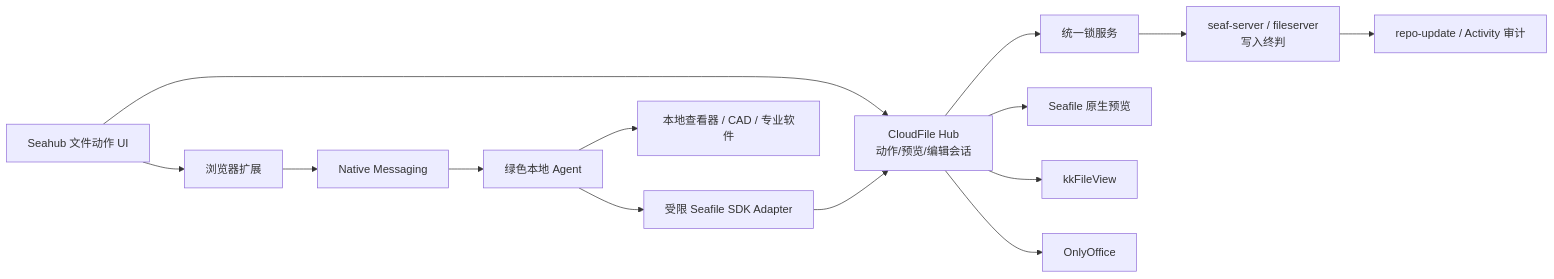
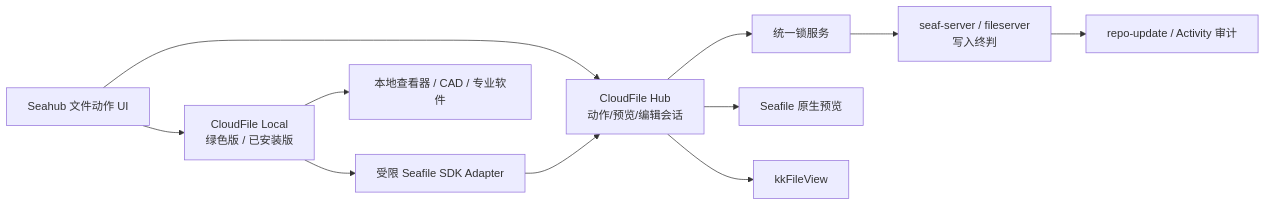
One commit to eaopen/cloudfile-docker changed the first of 2 diagrams in docs/file-preview-and-edit.md. Above: the diagram before and after it, drawn with Mermaid. The commit also changed other lines of this file and 5 other files, not shown here.

````diff
--- a/docs/file-preview-and-edit.md
+++ b/docs/file-preview-and-edit.md
@@ -133,16 +133,13 @@
 ```mermaid
 flowchart LR
     UI["Seahub 文件动作 UI"] --> HUB["CloudFile Hub<br/>动作/预览/编辑会话"]
     HUB --> LOCK["统一锁服务"]
     LOCK --> SERVER["seaf-server / fileserver<br/>写入终判"]
     HUB --> NATIVE["Seafile 原生预览"]
     HUB --> KK["kkFileView"]
-    HUB --> OO["OnlyOffice"]
-    UI --> EXT["浏览器扩展"]
-    EXT --> NM["Native Messaging"]
-    NM --> AGENT["绿色本地 Agent"]
+    UI --> AGENT["CloudFile Local<br/>绿色版 / 已安装版"]
     AGENT --> SDK["受限 Seafile SDK Adapter"]
     SDK --> HUB
     AGENT --> TOOL["本地查看器 / CAD / 专业软件"]
     SERVER --> AUDIT["repo-update / Activity 审计"]
 ```
````
